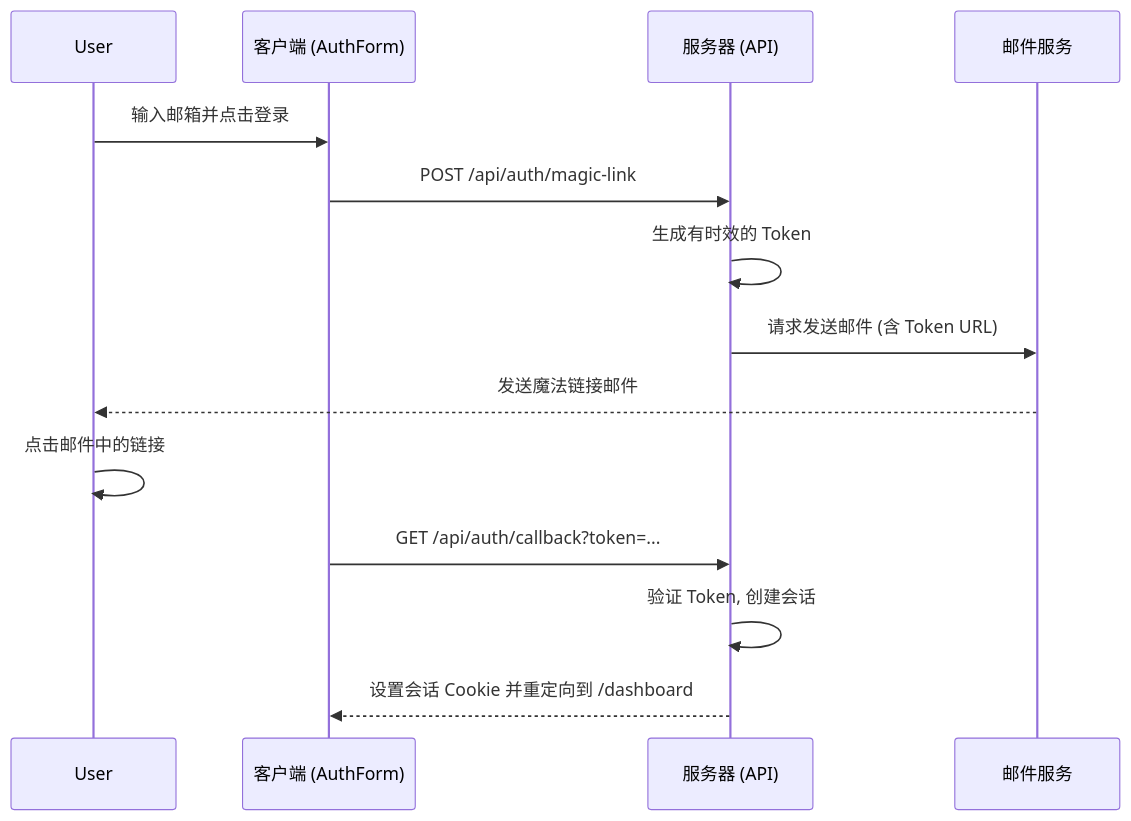
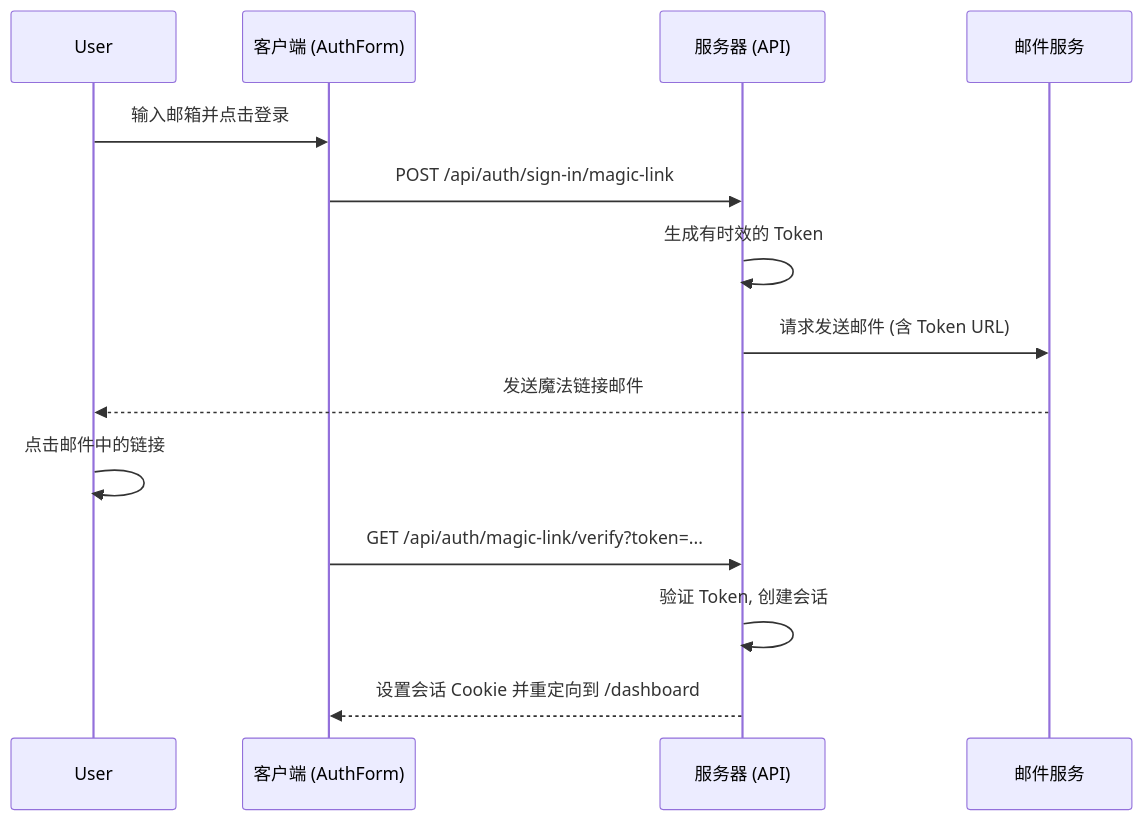
The second of 5 diagrams in content/blog/zh-Hans/saas-starter-kit-developer-guide.md (UllrAI/SaaS-Starter), drawn with Mermaid before and after one commit. The commit also changed other lines of this file and 76 other files, not shown here.

````diff
--- a/content/blog/zh-Hans/saas-starter-kit-developer-guide.md
+++ b/content/blog/zh-Hans/saas-starter-kit-developer-guide.md
@@ -316,17 +312,17 @@
   ```mermaid
   sequenceDiagram
       participant User
       participant Client as 客户端 (AuthForm)
       participant Server as 服务器 (API)
       participant Resend as 邮件服务
 
       User->>Client: 输入邮箱并点击登录
-      Client->>Server: POST /api/auth/magic-link
+      Client->>Server: POST /api/auth/sign-in/magic-link
       Server->>Server: 生成有时效的 Token
       Server->>Resend: 请求发送邮件 (含 Token URL)
       Resend-->>User: 发送魔法链接邮件
       User->>User: 点击邮件中的链接
-      Client->>Server: GET /api/auth/callback?token=...
+      Client->>Server: GET /api/auth/magic-link/verify?token=...
       Server->>Server: 验证 Token, 创建会话
       Server-->>Client: 设置会话 Cookie 并重定向到 /dashboard
   ```
````
